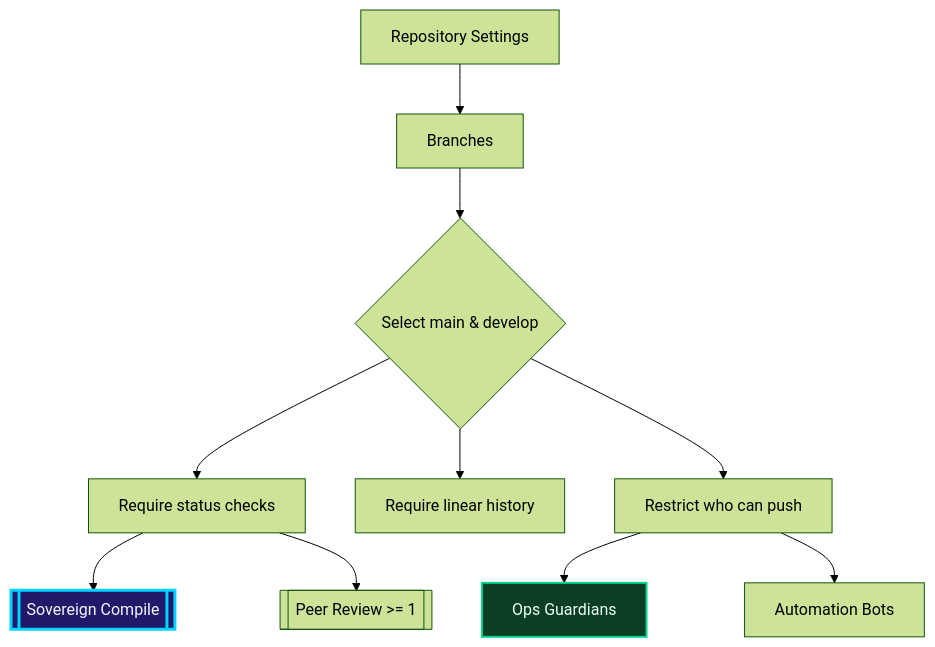
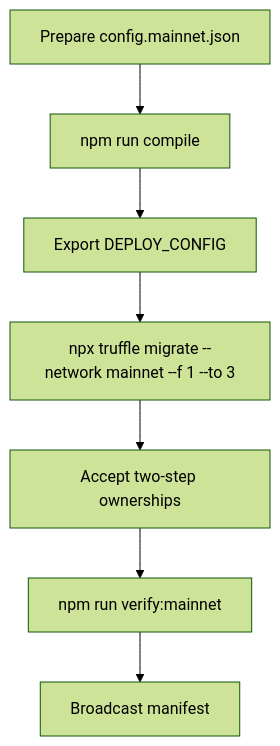
Before and after one commit to MontrealAI/agijobs-sovereign-labor-v0p1: the fourth of 4 diagrams in README.md, drawn with Mermaid (forest theme). The commit also changed other lines of this file and 8 other files, not shown here.

````diff
--- a/README.md
+++ b/README.md
@@ -166,14 +115,9 @@
 ```mermaid
-graph TD
-    A[Repository Settings] --> B[Branches]
-    B --> C{Select main & develop}
-    C --> D[Require status checks]
-    D --> D1[[Sovereign Compile]]
-    D --> D2[[Peer Review >= 1]]
-    C --> E[Require linear history]
-    C --> F[Restrict who can push]
-    F --> F1[Ops Guardians]
-    F --> F2[Automation Bots]
-    style D1 fill:#211a6b,stroke:#00d4ff,stroke-width:3px,color:#f2f6ff
-    style F1 fill:#0b3e24,stroke:#00d78a,stroke-width:2px,color:#ebfff5
+flowchart TD
+    A[Prepare config.mainnet.json] --> B[npm run compile]
+    B --> C[Export DEPLOY_CONFIG]
+    C --> D[npx truffle migrate --network mainnet --f 1 --to 3]
+    D --> E[Accept two-step ownerships]
+    E --> F[npm run verify:mainnet]
+    F --> G[Broadcast manifest]
 ```
````
